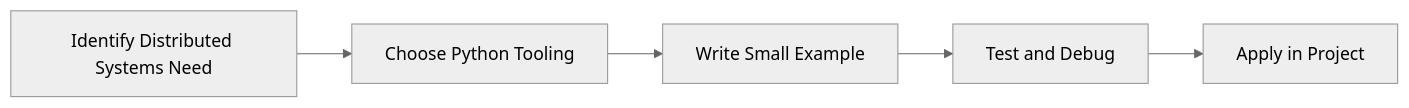
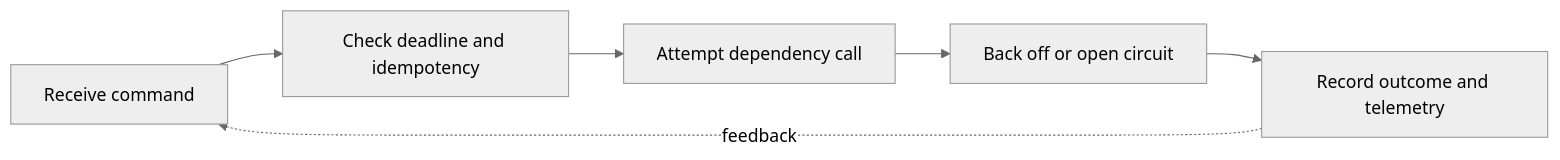
The diagram in Python-Mastery/Advanced/12-distributed-systems.md (SYMOIZ/E-Learning-Portal), drawn with Mermaid (neutral theme) before and after one commit. The commit also changed other lines of this file and 116 other files, not shown here.

````diff
--- a/Python-Mastery/Advanced/12-distributed-systems.md
+++ b/Python-Mastery/Advanced/12-distributed-systems.md
@@ -133,7 +179,8 @@
 ```mermaid
 flowchart LR
-    A[Identify Distributed Systems Need] --> B[Choose Python Tooling]
-    B --> C[Write Small Example]
-    C --> D[Test and Debug]
-    D --> E[Apply in Project]
+    A[Receive command] --> B[Check deadline and idempotency]
+    B --> C[Attempt dependency call]
+    C --> D[Back off or open circuit]
+    D --> E[Record outcome and telemetry]
+    E -. feedback .-> A
 ```
````
